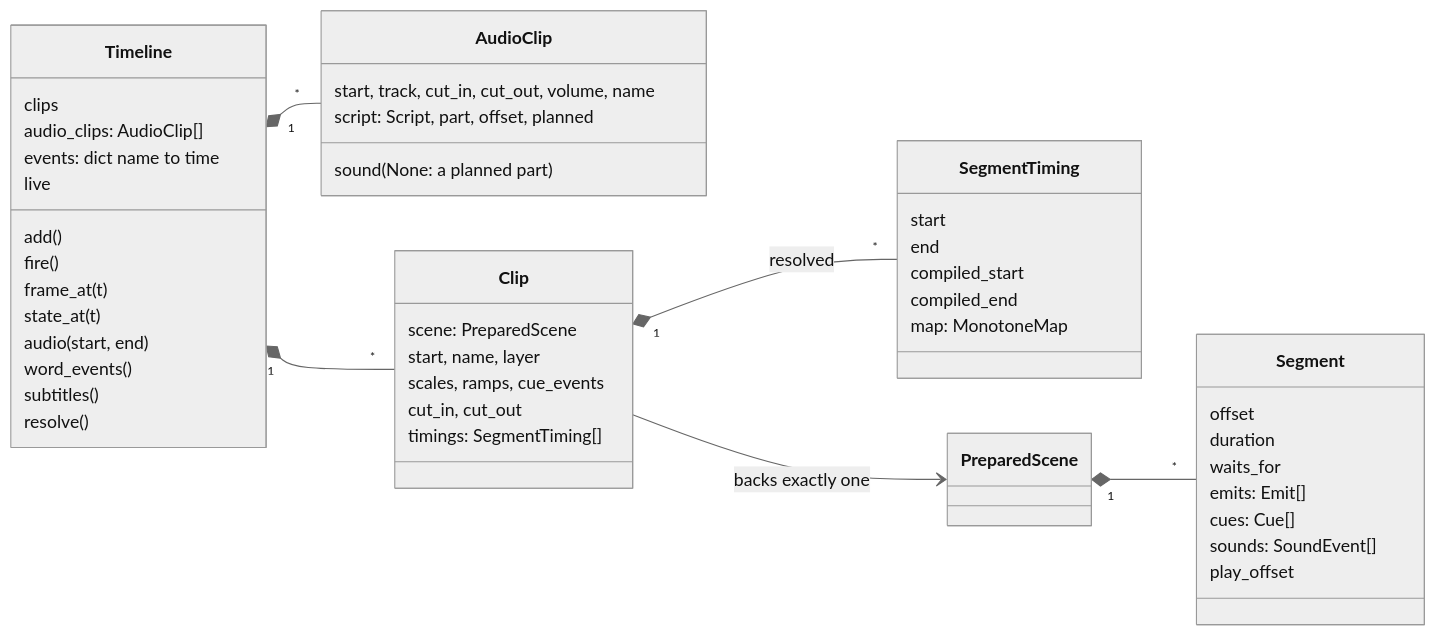
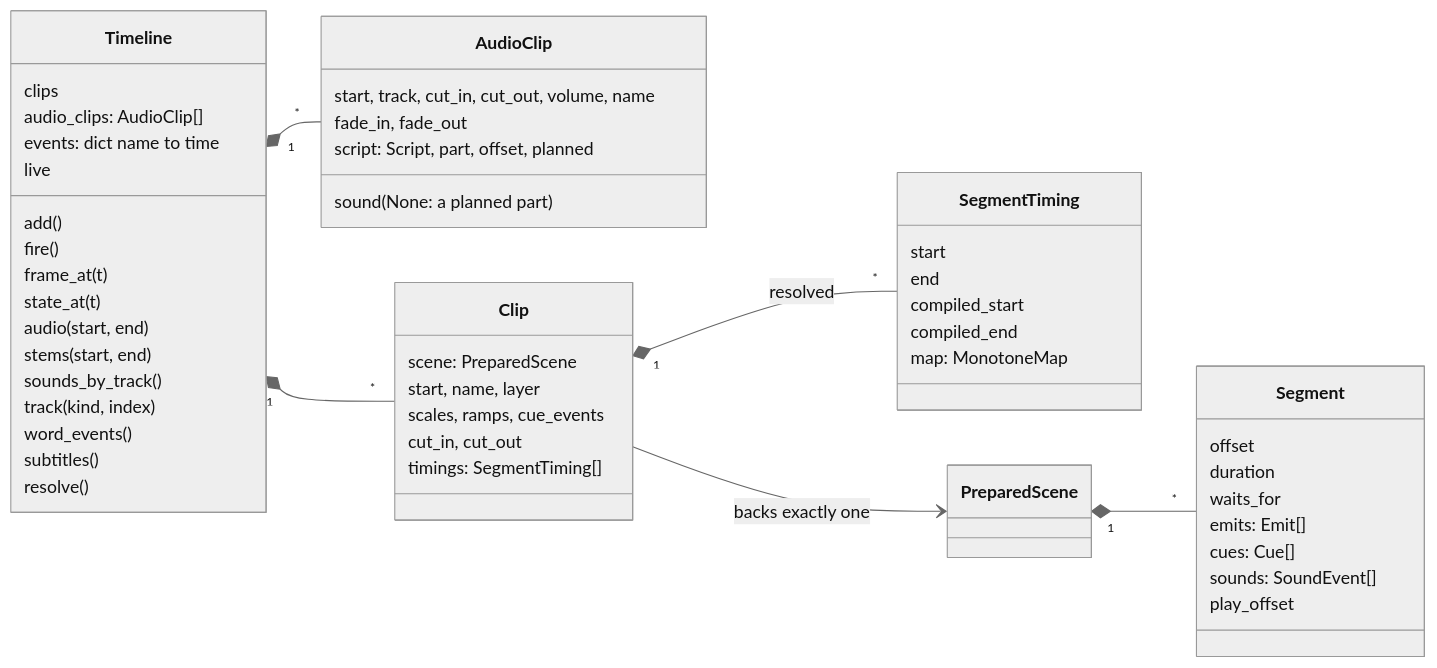
One commit to MrDiver/manim changed the fifth of 8 diagrams in manimx/ARCHITECTURE.md. Above: the diagram before and after it, drawn with Mermaid (neutral theme). The commit also changed other lines of this file and 2 other files, not shown here.

````diff
--- a/manimx/ARCHITECTURE.md
+++ b/manimx/ARCHITECTURE.md
@@ -410,51 +410,55 @@
 ```mermaid
 classDiagram
     direction LR
     class Timeline {
         clips
         audio_clips: AudioClip[]
         events: dict name to time
         live
         add()
         fire()
         frame_at(t)
         state_at(t)
         audio(start, end)
+        stems(start, end)
+        sounds_by_track()
+        track(kind, index)
         word_events()
         subtitles()
         resolve()
     }
     class AudioClip {
         sound (None: a planned part)
         start, track, cut_in, cut_out, volume, name
+        fade_in, fade_out
         script: Script, part, offset, planned
     }
     class Clip {
         scene: PreparedScene
         start, name, layer
         scales, ramps, cue_events
         cut_in, cut_out
         timings: SegmentTiming[]
     }
     class SegmentTiming {
         start
         end
         compiled_start
         compiled_end
         map: MonotoneMap
     }
     class Segment {
         offset
         duration
         waits_for
         emits: Emit[]
         cues: Cue[]
         sounds: SoundEvent[]
         play_offset
     }
     Timeline "1" *-- "*" Clip
     Timeline "1" *-- "*" AudioClip
     Clip --> PreparedScene : backs exactly one
     Clip "1" *-- "*" SegmentTiming : resolved
     PreparedScene "1" *-- "*" Segment
 ```
````
